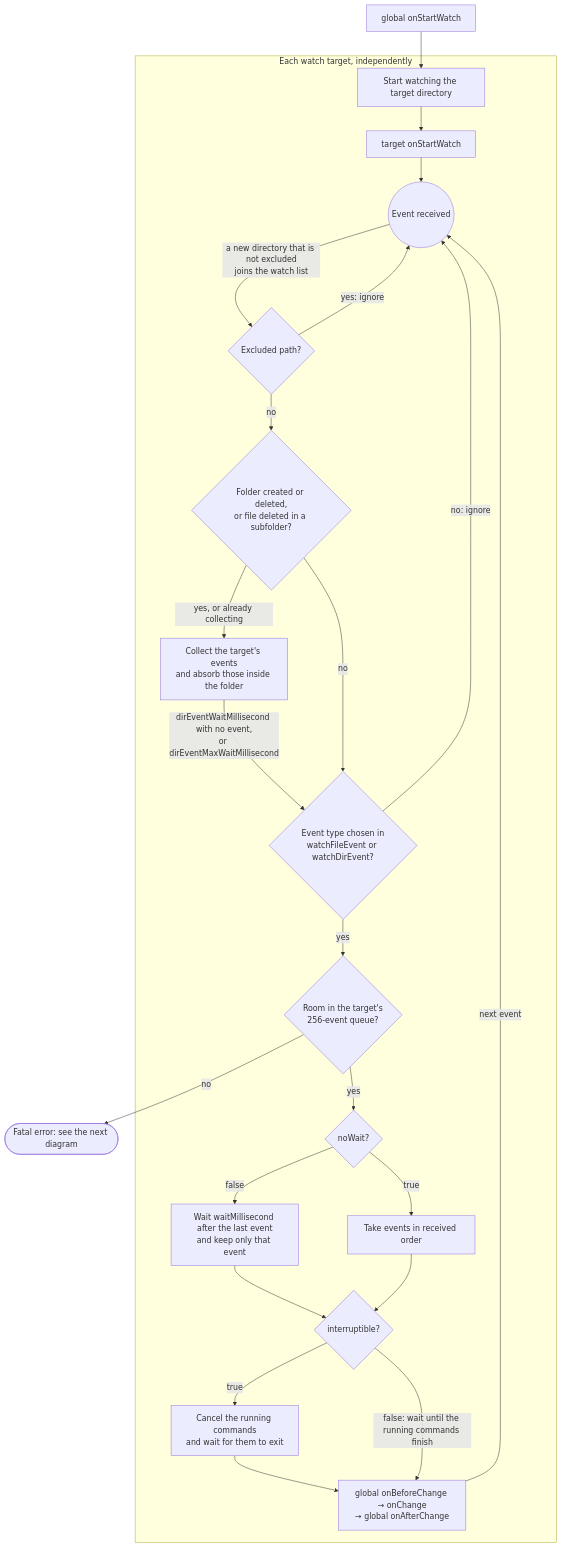
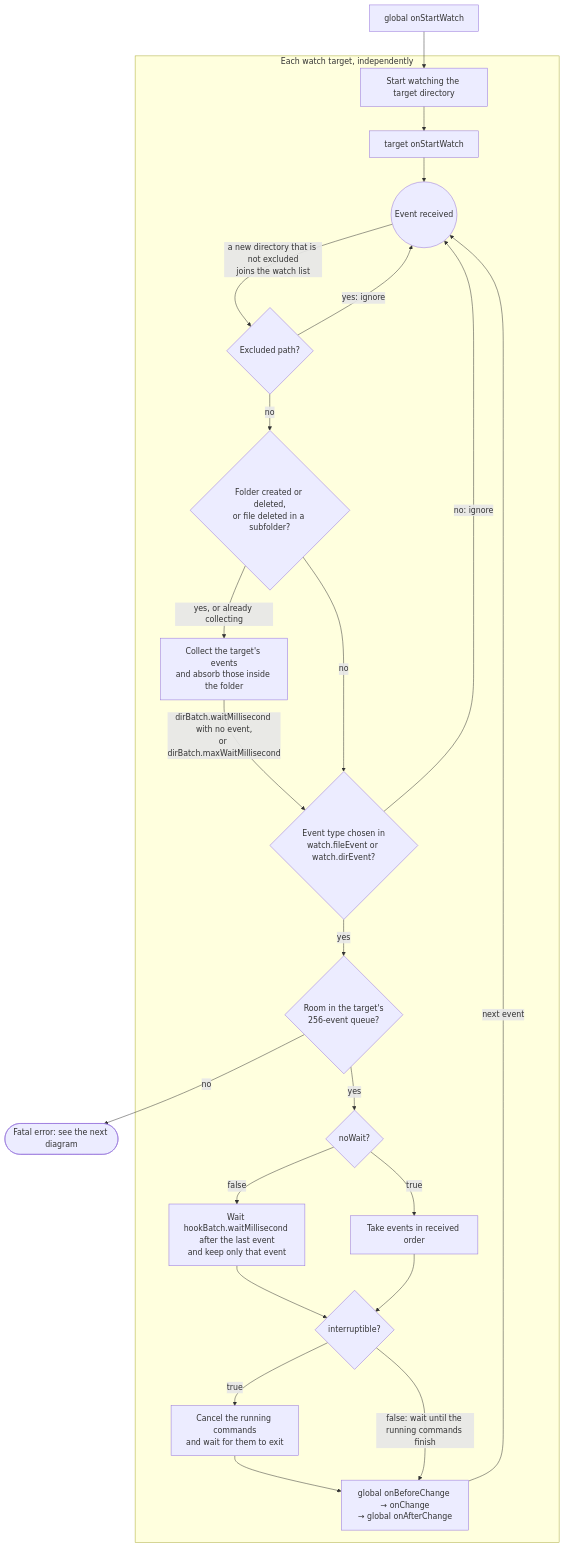
One commit to seungyeop-lee/directory-watcher changed the first of 2 diagrams in README.md. Above: the diagram before and after it, drawn with Mermaid. The commit also changed other lines of this file and 35 other files, not shown here.

First line of the commit message:
feat!: 감시 대상 옵션을 watch·dirBatch·hookBatch 그룹으로 옮김

````diff
--- a/README.md
+++ b/README.md
@@ -150,43 +150,43 @@
 ```mermaid
 flowchart TD
     globalStart["global onStartWatch"]
     subgraph eachTarget["Each watch target, independently"]
         watchDirs["Start watching the target directory"]
         targetStart["target onStartWatch"]
         receiveEvent(("Event received"))
         excludeCheck{"Excluded path?"}
         collectChoice{"Folder created or deleted,<br>or file deleted in a subfolder?"}
         collectFolder["Collect the target's events<br>and absorb those inside the folder"]
-        kindFilter{"Event type chosen in<br>watchFileEvent or watchDirEvent?"}
+        kindFilter{"Event type chosen in<br>watch.fileEvent or watch.dirEvent?"}
         queueEvent{"Room in the target's<br>256-event queue?"}
         modeChoice{"noWait?"}
-        debounceWait["Wait waitMillisecond after the last event<br>and keep only that event"]
+        debounceWait["Wait hookBatch.waitMillisecond after the last event<br>and keep only that event"]
         orderedRun["Take events in received order"]
         interruptChoice{"interruptible?"}
         cancelPrevious["Cancel the running commands<br>and wait for them to exit"]
         runChange["global onBeforeChange → onChange<br>→ global onAfterChange"]
     end
     fatalStop(["Fatal error: see the next diagram"])
 
     globalStart --> watchDirs
     watchDirs --> targetStart
     targetStart --> receiveEvent
     receiveEvent -->|"a new directory that is not excluded<br>joins the watch list"| excludeCheck
     excludeCheck -->|"yes: ignore"| receiveEvent
     excludeCheck -->|"no"| collectChoice
     collectChoice -->|"yes, or already collecting"| collectFolder
     collectChoice -->|"no"| kindFilter
-    collectFolder -->|"dirEventWaitMillisecond with no event,<br>or dirEventMaxWaitMillisecond"| kindFilter
+    collectFolder -->|"dirBatch.waitMillisecond with no event,<br>or dirBatch.maxWaitMillisecond"| kindFilter
     kindFilter -->|"no: ignore"| receiveEvent
     kindFilter -->|"yes"| queueEvent
     queueEvent -->|"no"| fatalStop
     queueEvent -->|"yes"| modeChoice
     modeChoice -->|"false"| debounceWait
     modeChoice -->|"true"| orderedRun
     debounceWait --> interruptChoice
     orderedRun --> interruptChoice
     interruptChoice -->|"true"| cancelPrevious
     interruptChoice -->|"false: wait until the running commands finish"| runChange
     cancelPrevious --> runChange
     runChange -->|"next event"| receiveEvent
 ```
````
